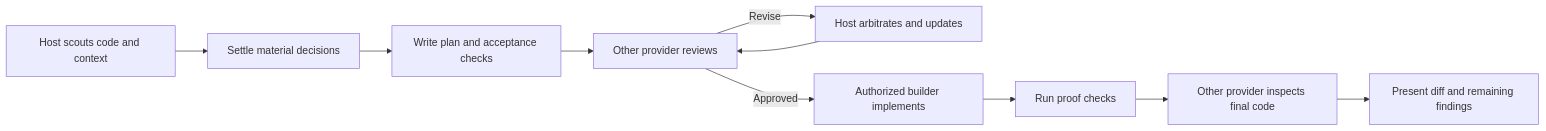
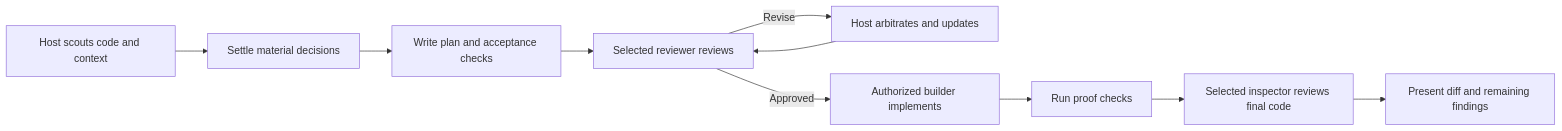
The diagram in README.md (nyuhuyang/claudex-loop), drawn with Mermaid before and after one commit. The commit also changed other lines of this file and 19 other files, not shown here.

````diff
--- a/README.md
+++ b/README.md
@@ -48,12 +61,12 @@
 ```mermaid
 flowchart LR
     R[Host scouts code and context] --> Q[Settle material decisions]
     Q --> P[Write plan and acceptance checks]
-    P --> V[Other provider reviews]
+    P --> V[Selected reviewer reviews]
     V -- Revise --> A[Host arbitrates and updates]
     A --> V
     V -- Approved --> B[Authorized builder implements]
     B --> T[Run proof checks]
-    T --> I[Other provider inspects final code]
+    T --> I[Selected inspector reviews final code]
     I --> H[Present diff and remaining findings]
 ```
````
